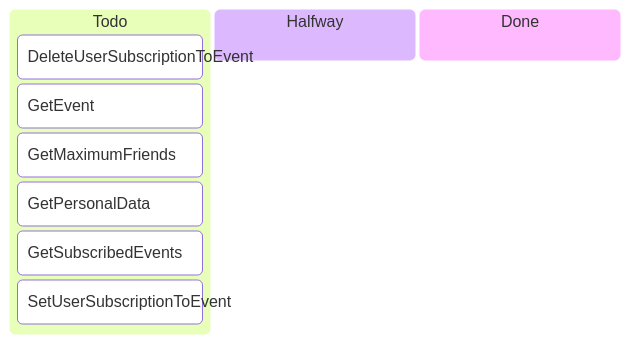
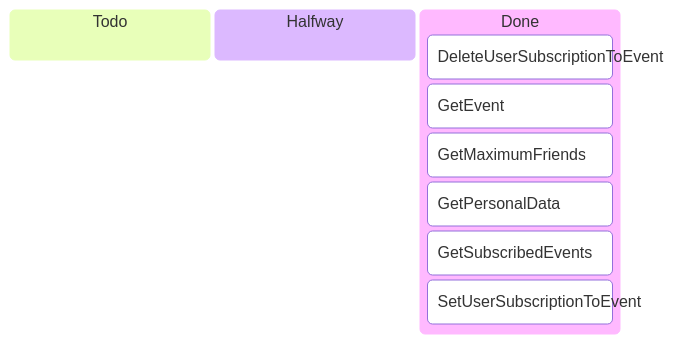
The third of 3 diagrams in TODO.md (MesserLancillotto/ProgettoApollo), drawn with Mermaid before and after one commit. The commit also changed other lines of this file and 7 other files, not shown here.

````diff
--- a/TODO.md
+++ b/TODO.md
@@ -43,13 +43,13 @@
 ```mermaid
 kanban
   todo[Todo]
+  halfway[Halfway]
+
+  done[Done]
     DeleteUserSubscriptionToEvent
     GetEvent
     GetMaximumFriends
     GetPersonalData
     GetSubscribedEvents
     SetUserSubscriptionToEvent
-  halfway[Halfway]
-
-  done[Done]
 ```
````
